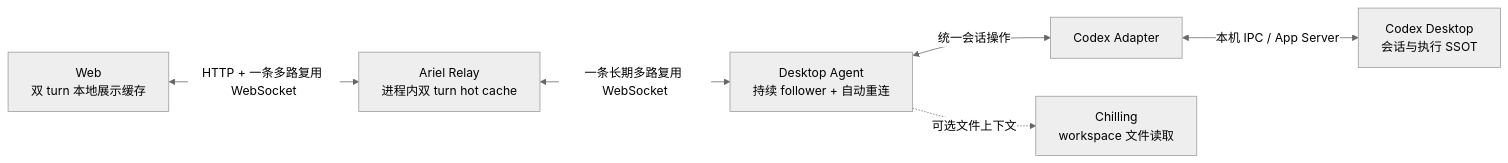
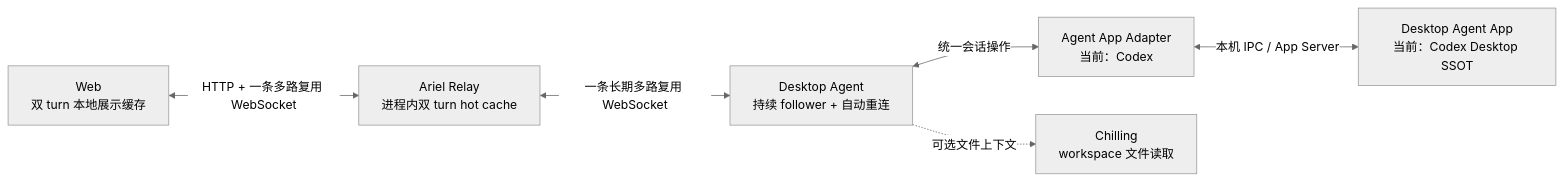
One commit to wu8685/Ariel changed the diagram in README.md. Above: the diagram before and after it, drawn with Mermaid (neutral theme). The commit also changed other lines of this file and 14 other files, not shown here.

````diff
--- a/README.md
+++ b/README.md
@@ -32,8 +32,8 @@
 ```mermaid
 flowchart LR
   Browser["Web<br/>双 turn 本地展示缓存"] <-->|HTTP + 一条多路复用 WebSocket| Relay["Ariel Relay<br/>进程内双 turn hot cache"]
   Relay <-->|一条长期多路复用 WebSocket| Agent["Desktop Agent<br/>持续 follower + 自动重连"]
-  Agent <-->|统一会话操作| Adapter["Codex Adapter"]
-  Adapter <-->|本机 IPC / App Server| App["Codex Desktop<br/>会话与执行 SSOT"]
+  Agent <-->|统一会话操作| Adapter["Agent App Adapter<br/>当前：Codex"]
+  Adapter <-->|本机 IPC / App Server| App["Desktop Agent App<br/>当前：Codex Desktop SSOT"]
   Agent -.->|可选文件上下文| Chilling["Chilling<br/>workspace 文件读取"]
 ```
````
